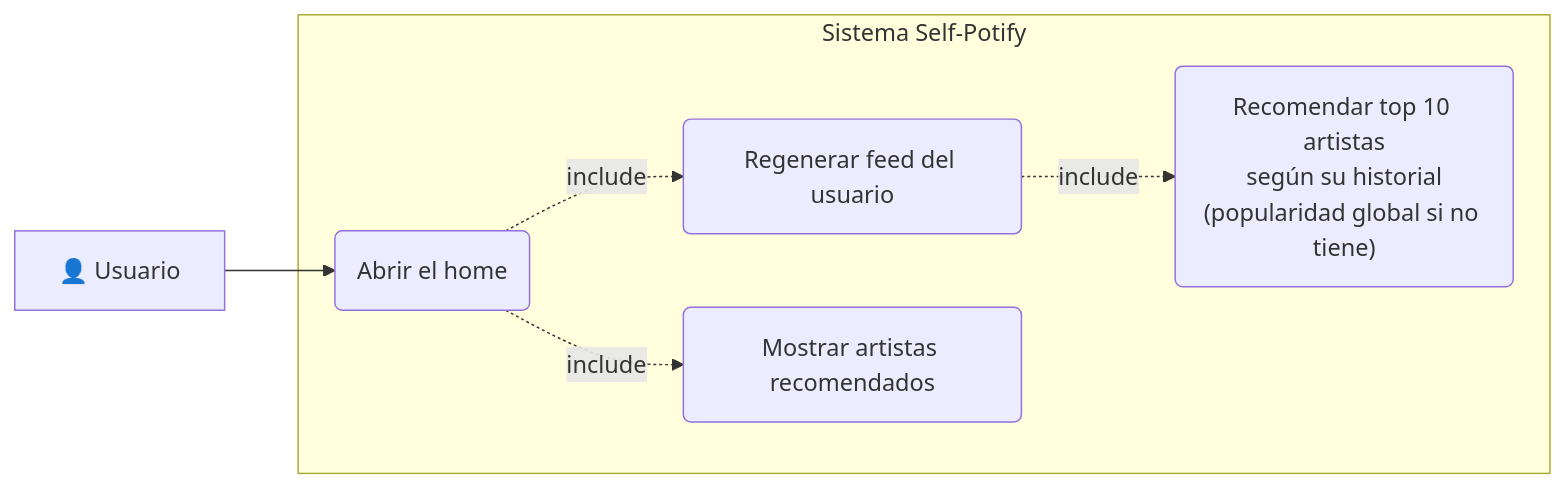
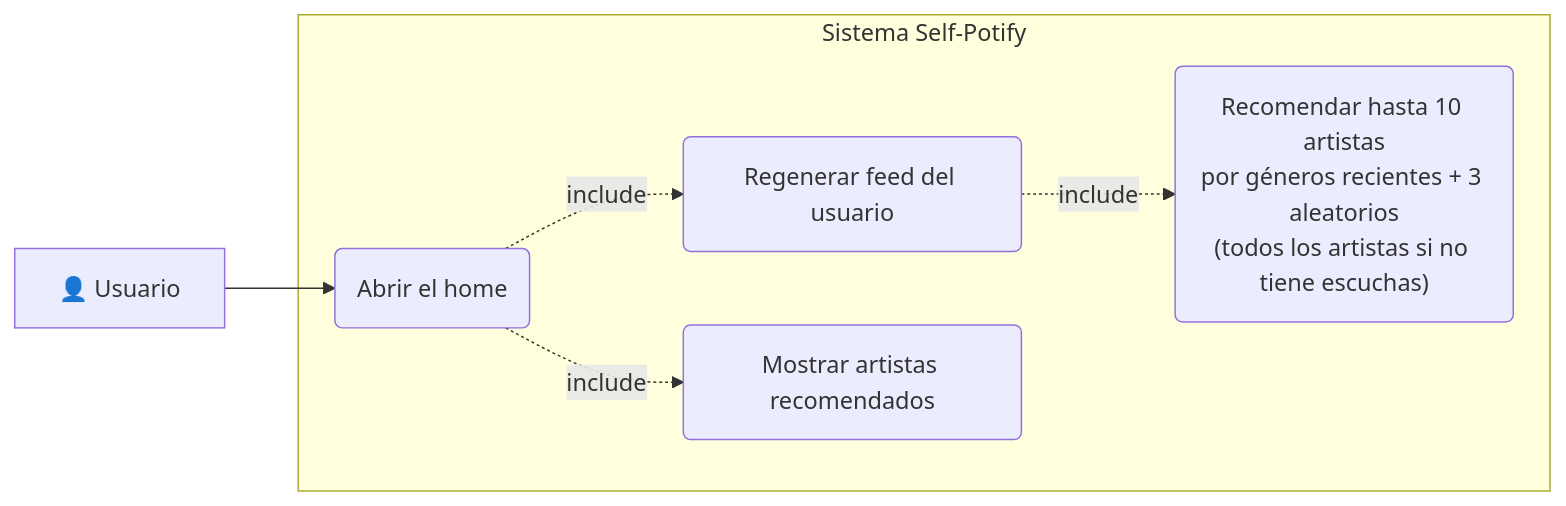
Before and after one commit to conguchu/selfpotify: diagram 17 of 19 in README.md, drawn with Mermaid. The commit also changed other lines of this file, not shown here.

Commit message:
(docs) readme: corrige la decisión de diseño del feed (géneros recientes + aleatorios) en prosa, flowchart y UC9

````diff
--- a/README.md
+++ b/README.md
@@ -661,16 +678,16 @@
 ```mermaid
 graph LR
     User["👤 Usuario"]
 
     subgraph Sistema Self-Potify
         UC9("Abrir el home")
         UC9a("Regenerar feed del usuario")
-        UC9b("Recomendar top 10 artistas<br/>según su historial<br/>(popularidad global si no tiene)")
+        UC9b("Recomendar hasta 10 artistas<br/>por géneros recientes + 3 aleatorios<br/>(todos los artistas si no tiene escuchas)")
         UC9c("Mostrar artistas recomendados")
     end
 
     User --> UC9
     UC9 -.->|include| UC9a
     UC9a -.->|include| UC9b
     UC9 -.->|include| UC9c
 ```
````
